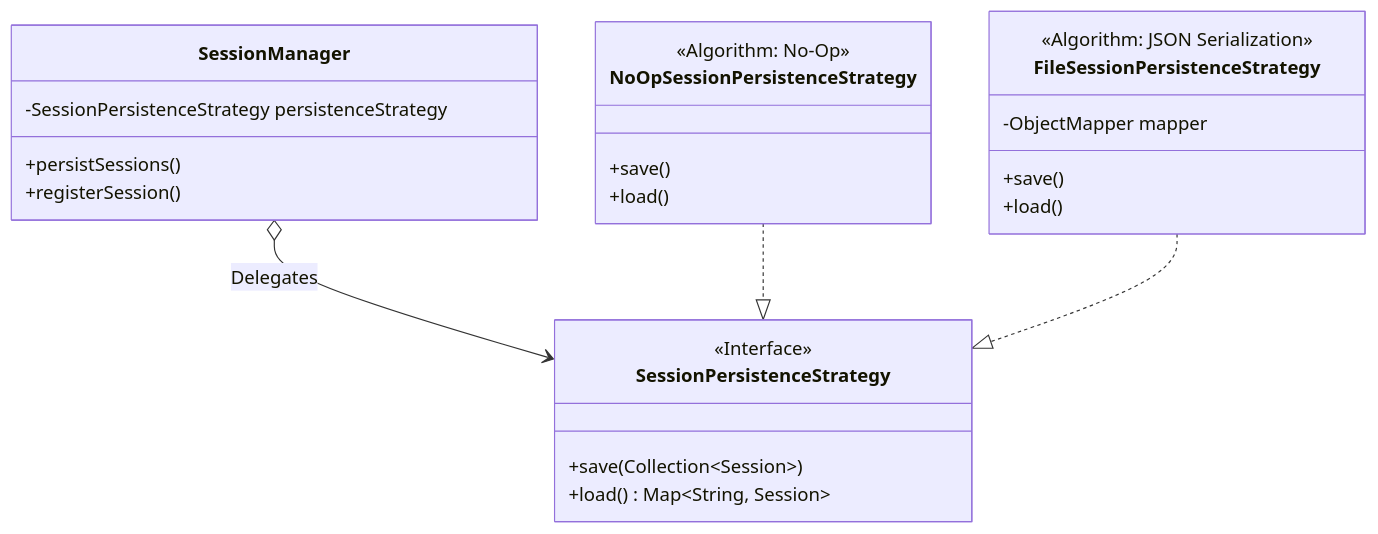
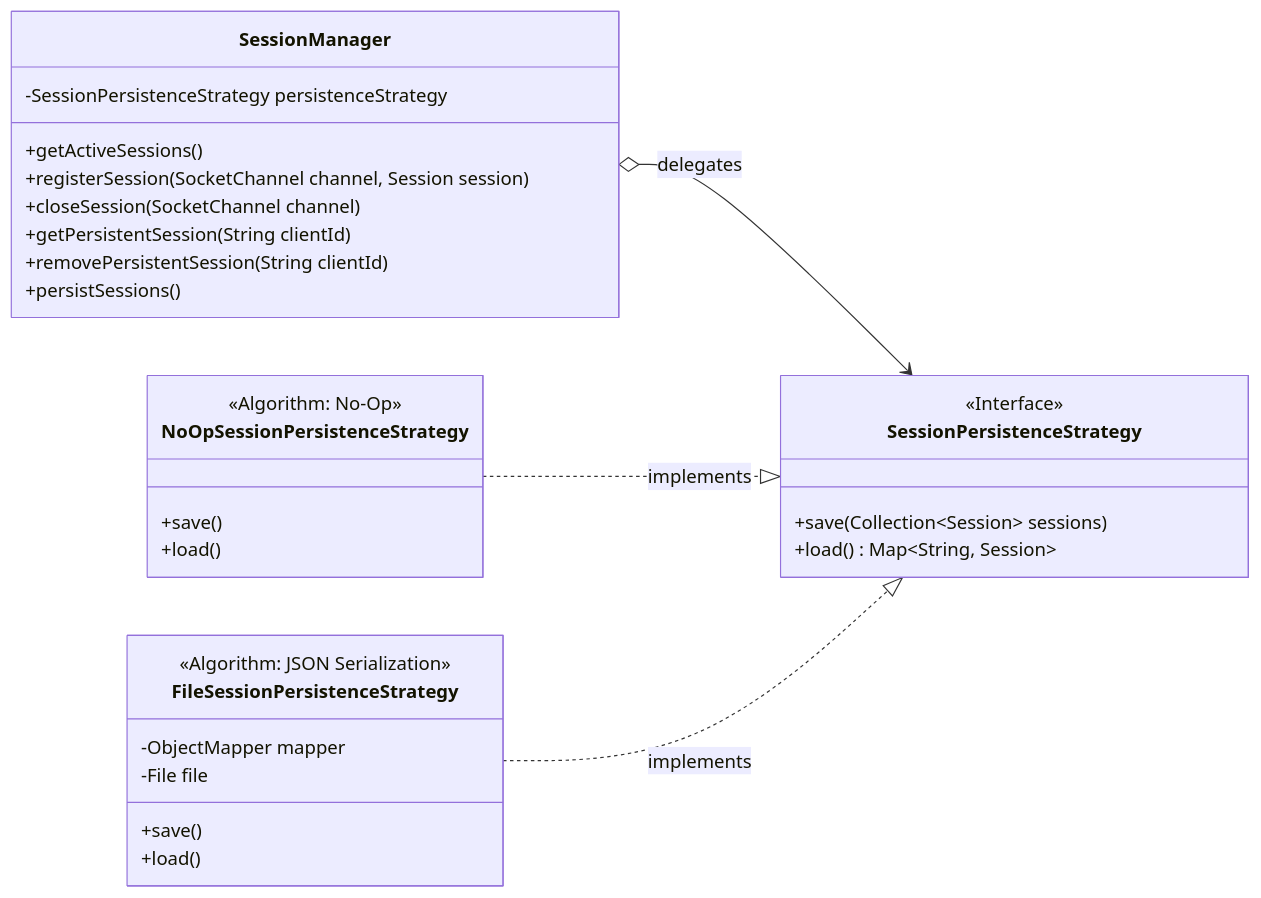
The fifth of 16 diagrams in README.md (karolbystrek/mqtt-broker), drawn with Mermaid before and after one commit. The commit also changed other lines of this file, not shown here.

Commit message:
update README.md with corrected diagrams <<note class diagram and 2nd activity work in progress>>

````diff
--- a/README.md
+++ b/README.md
@@ -246,34 +257,40 @@
 ```mermaid
 classDiagram
+    direction LR
     %% Context
     class SessionManager {
         -SessionPersistenceStrategy persistenceStrategy
+        +getActiveSessions()
+        +registerSession(SocketChannel channel, Session session)
+        +closeSession(SocketChannel channel)
+        +getPersistentSession(String clientId)
+        +removePersistentSession(String clientId)
         +persistSessions()
-        +registerSession()
     }
 
     %% Interface
     class SessionPersistenceStrategy {
         <<Interface>>
-        +save(Collection~Session~)
+        +save(Collection~Session~ sessions)
         +load() Map~String, Session~
     }
 
     %% Strategies
     class NoOpSessionPersistenceStrategy {
         <<Algorithm: No-Op>>
         +save()
         +load()
     }
 
     class FileSessionPersistenceStrategy {
         <<Algorithm: JSON Serialization>>
         -ObjectMapper mapper
+        -File file
         +save()
         +load()
     }
 
-    SessionManager o--> SessionPersistenceStrategy : Delegates
-    NoOpSessionPersistenceStrategy ..|> SessionPersistenceStrategy
-    FileSessionPersistenceStrategy ..|> SessionPersistenceStrategy
+    SessionManager o--> SessionPersistenceStrategy : delegates
+    NoOpSessionPersistenceStrategy ..|> SessionPersistenceStrategy : implements
+    FileSessionPersistenceStrategy ..|> SessionPersistenceStrategy : implements
 ```
````
